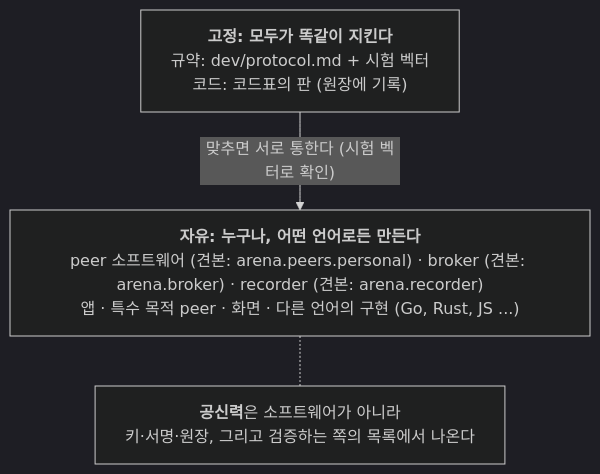
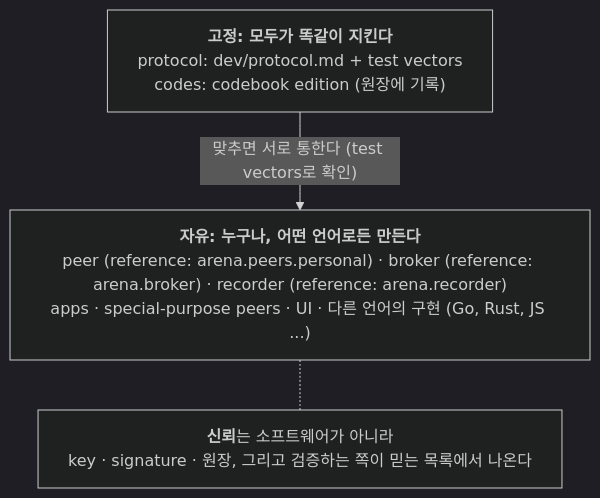
One commit to tanminkwan/share-ur-tokens changed the second of 31 diagrams in docs/education.md. Above: the diagram before and after it, drawn with Mermaid (dark theme). The commit also changed other lines of this file and 27 other files, not shown here.

````diff
--- a/docs/education.md
+++ b/docs/education.md
@@ -28,9 +28,9 @@
 ```mermaid
 %%{init: {"flowchart": {"wrappingWidth": 520}}}%%
 flowchart TB
-    FIX["<b>고정: 모두가 똑같이 지킨다</b><br/>규약: dev/protocol.md + 시험 벡터<br/>코드: 코드표의 판 (원장에 기록)"]
-    FREE["<b>자유: 누구나, 어떤 언어로든 만든다</b><br/>peer 소프트웨어 (견본: arena.peers.personal) · broker (견본: arena.broker) · recorder (견본: arena.recorder)<br/>앱 · 특수 목적 peer · 화면 · 다른 언어의 구현 (Go, Rust, JS ...)"]
-    TR["<b>공신력</b>은 소프트웨어가 아니라<br/>키·서명·원장, 그리고 검증하는 쪽의 목록에서 나온다"]
-    FIX -->|"맞추면 서로 통한다 (시험 벡터로 확인)"| FREE
+    FIX["<b>고정: 모두가 똑같이 지킨다</b><br/>protocol: dev/protocol.md + test vectors<br/>codes: codebook edition (원장에 기록)"]
+    FREE["<b>자유: 누구나, 어떤 언어로든 만든다</b><br/>peer (reference: arena.peers.personal) · broker (reference: arena.broker) · recorder (reference: arena.recorder)<br/>apps · special-purpose peers · UI · 다른 언어의 구현 (Go, Rust, JS ...)"]
+    TR["<b>신뢰</b>는 소프트웨어가 아니라<br/>key · signature · 원장, 그리고 검증하는 쪽이 믿는 목록에서 나온다"]
+    FIX -->|"맞추면 서로 통한다 (test vectors로 확인)"| FREE
     FREE -.- TR
 ```
````
